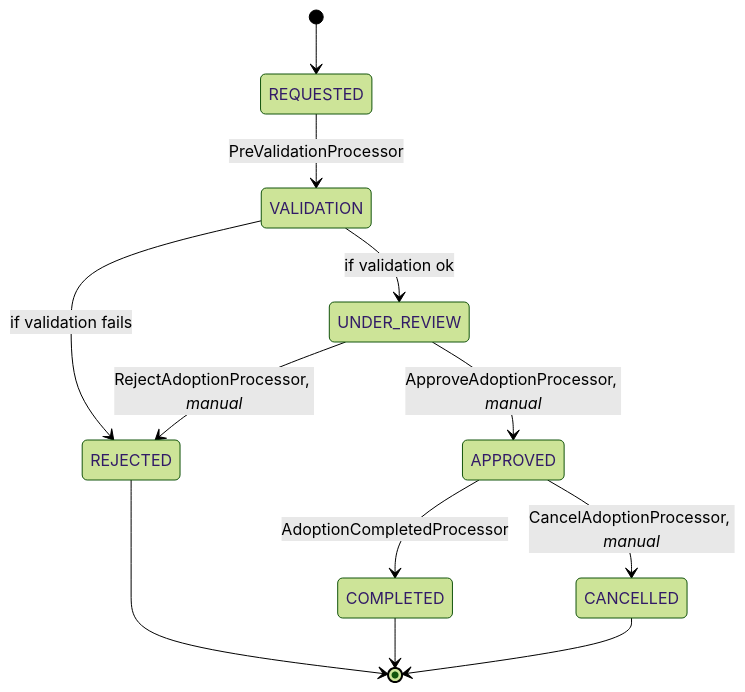
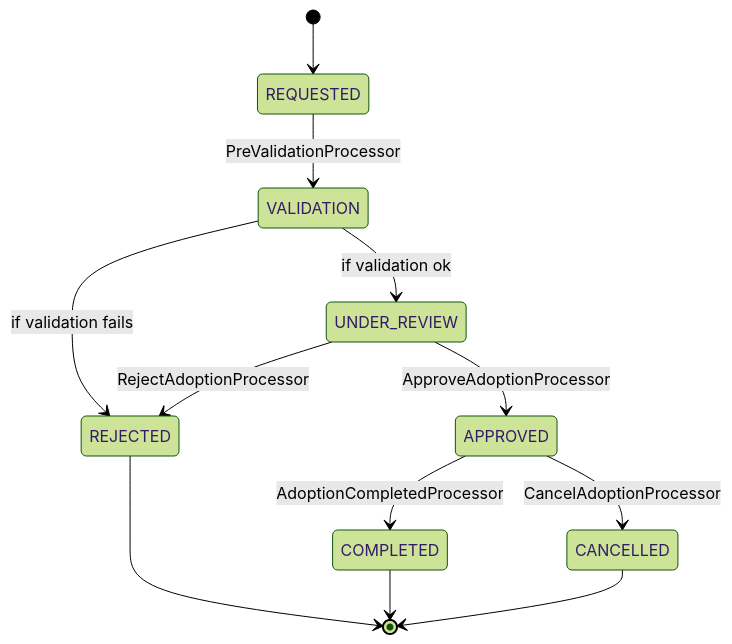
One commit to Cyoda-platform/java-client-template changed the second of 2 diagrams in src/main/java/com/java_template/prototype/functional_requirement.md. Above: the diagram before and after it, drawn with Mermaid (forest theme). The commit also changed other lines of this file, not shown here.

````diff
--- a/src/main/java/com/java_template/prototype/functional_requirement.md
+++ b/src/main/java/com/java_template/prototype/functional_requirement.md
@@ -194,14 +223,14 @@
 ```mermaid
 stateDiagram-v2
     [*] --> REQUESTED
     REQUESTED --> VALIDATION : PreValidationProcessor
     VALIDATION --> UNDER_REVIEW : if validation ok
     VALIDATION --> REJECTED : if validation fails
-    UNDER_REVIEW --> APPROVED : ApproveAdoptionProcessor, *manual*
-    UNDER_REVIEW --> REJECTED : RejectAdoptionProcessor, *manual*
+    UNDER_REVIEW --> APPROVED : ApproveAdoptionProcessor
+    UNDER_REVIEW --> REJECTED : RejectAdoptionProcessor
     APPROVED --> COMPLETED : AdoptionCompletedProcessor
-    APPROVED --> CANCELLED : CancelAdoptionProcessor, *manual*
+    APPROVED --> CANCELLED : CancelAdoptionProcessor
     REJECTED --> [*]
     COMPLETED --> [*]
     CANCELLED --> [*]
 ```
````
